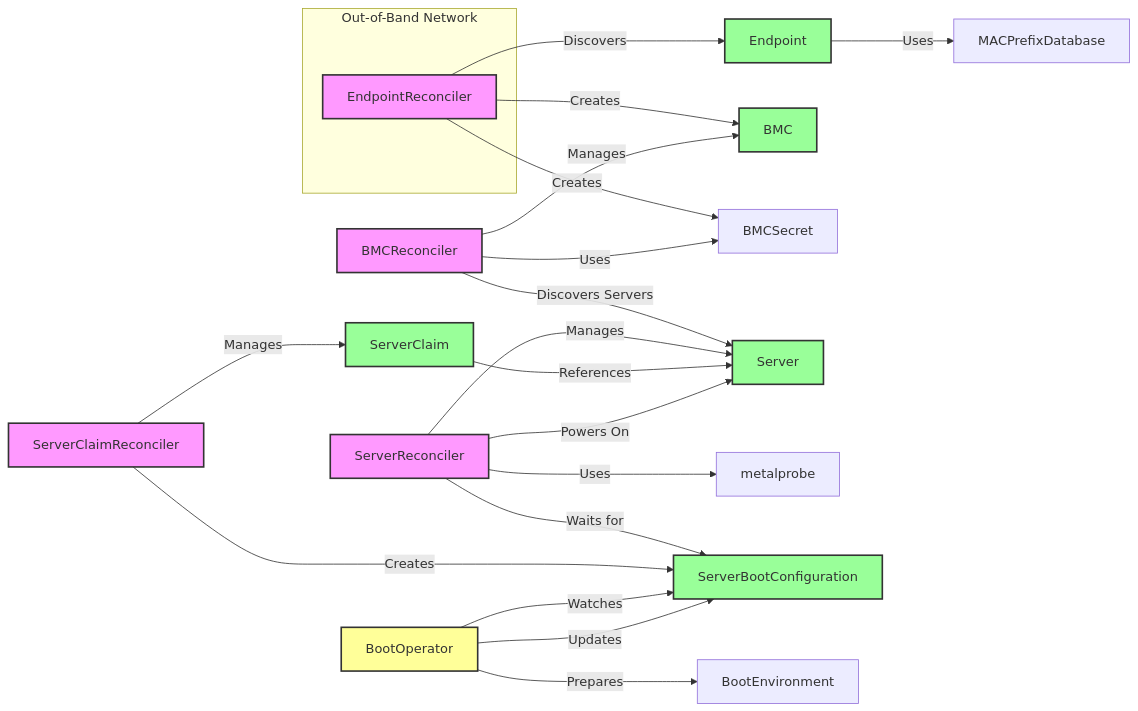
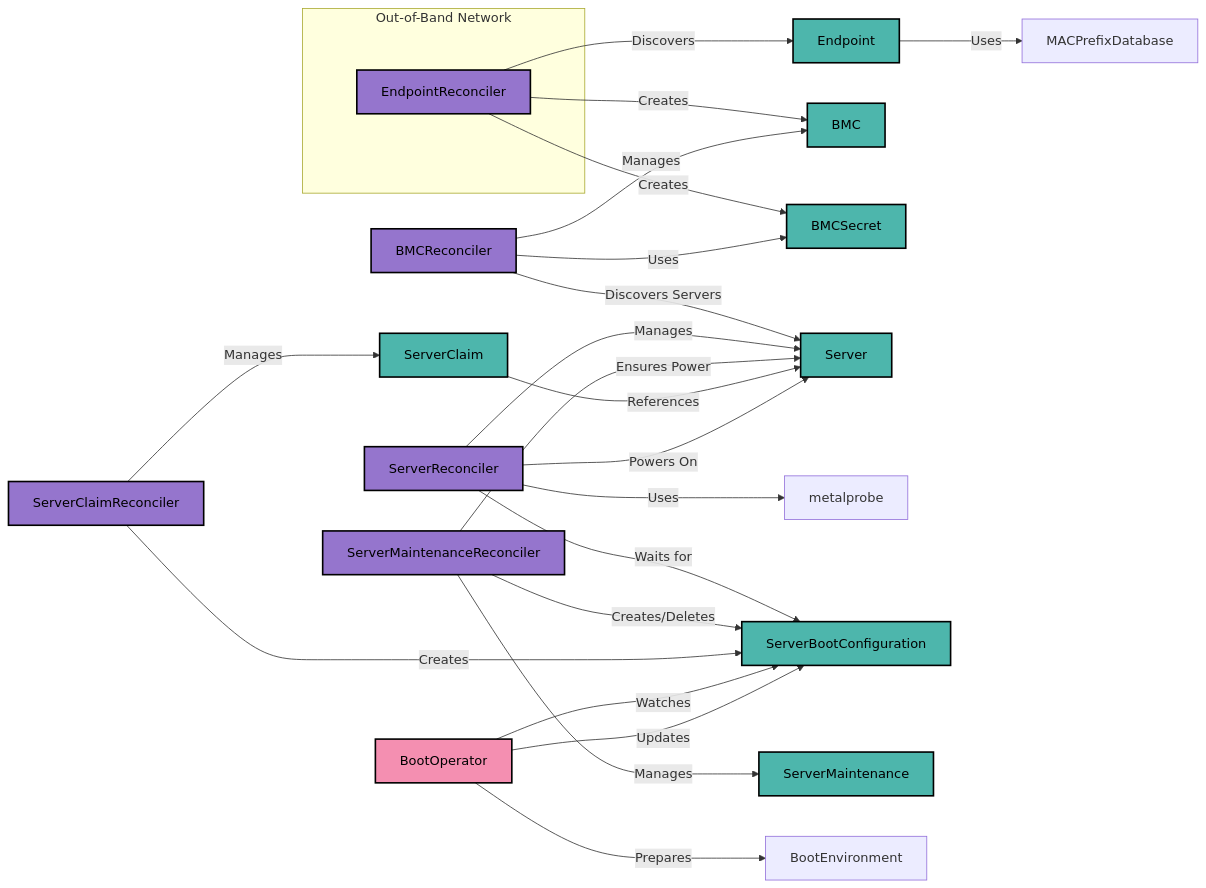
Before and after one commit to ironcore-dev/metal-operator: the diagram in docs/architecture.md, drawn with Mermaid. The commit also changed 10 other files, not shown here.

Commit message:
Add `ServerMaintenance` API types

````diff
--- a/docs/architecture.md
+++ b/docs/architecture.md
@@ -7,35 +7,39 @@
 ```mermaid
 flowchart LR
     subgraph Out-of-Band Network
         EndpointReconciler
     end
     EndpointReconciler -- Discovers --> Endpoint
     Endpoint -- Uses --> MACPrefixDatabase
     EndpointReconciler -- Creates --> BMC & BMCSecret
 
     BMCReconciler -- Manages --> BMC
     BMCReconciler -- Uses --> BMCSecret
     BMCReconciler -- Discovers Servers --> Server
 
     ServerReconciler -- Manages --> Server
     ServerReconciler -- Uses --> metalprobe
     ServerReconciler -- Waits for --> ServerBootConfiguration
+    
+    ServerMaintenanceReconciler -- Manages --> ServerMaintenance
+    ServerMaintenanceReconciler -- Creates/Deletes --> ServerBootConfiguration
+    ServerMaintenanceReconciler -- Ensures Power --> Server
 
     ServerClaimReconciler -- Manages --> ServerClaim
     ServerClaim -- References --> Server
     ServerClaimReconciler -- Creates --> ServerBootConfiguration
 
     BootOperator -- Watches --> ServerBootConfiguration
     BootOperator -- Prepares --> BootEnvironment
     BootOperator -- Updates --> ServerBootConfiguration
 
     ServerReconciler -- Powers On --> Server
 
-    classDef operator fill:#f9f,stroke:#333,stroke-width:2px;
-    classDef crd fill:#9f9,stroke:#333,stroke-width:2px;
-    classDef external fill:#ff9,stroke:#333,stroke-width:2px;
+    classDef operator fill:#9575cd, stroke:#000, stroke-width:2px, color:#000;
+    classDef crd fill:#4db6ac, stroke:#000, stroke-width:2px, color:#000;
+    classDef external fill:#f48fb1, stroke:#000, stroke-width:2px, color:#000;
 
-    class EndpointReconciler,BMCReconciler,ServerReconciler,ServerClaimReconciler operator;
-    class Endpoint,BMC,Server,ServerClaim,ServerBootConfiguration crd;
+    class EndpointReconciler,BMCReconciler,ServerReconciler,ServerClaimReconciler,ServerMaintenanceReconciler operator;
+    class Endpoint,BMC,BMCSecret,Server,ServerClaim,ServerBootConfiguration,ServerMaintenance crd;
     class BootOperator external;
 ```
````
